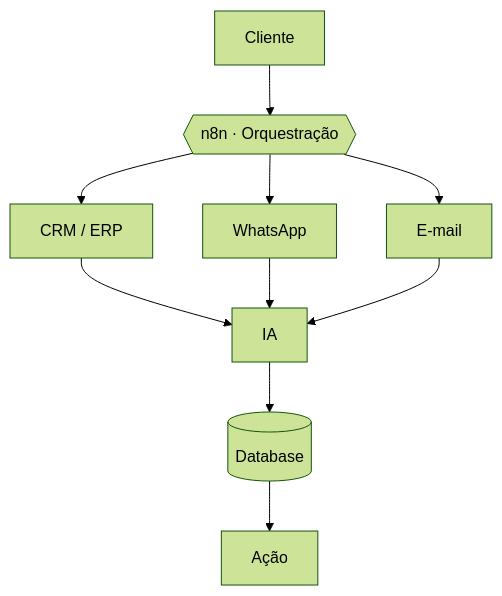
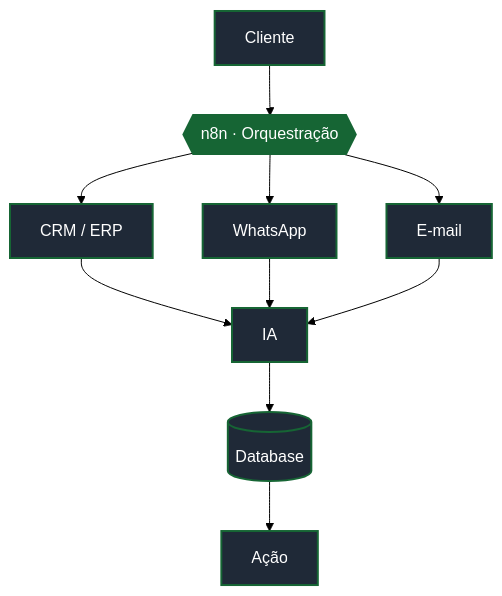
One commit to StackBlackzada/.github changed the fourth of 16 diagrams in profile/README.md. Above: the diagram before and after it, drawn with Mermaid (forest theme). The commit also changed other lines of this file, not shown here.

````diff
--- a/profile/README.md
+++ b/profile/README.md
@@ -215,12 +427,16 @@
 ```mermaid
 flowchart TD
     C["Cliente"] --> N{{"n8n · Orquestração"}}
     N --> CRM["CRM / ERP"]
     N --> W["WhatsApp"]
     N --> E["E-mail"]
     CRM --> IA["IA"]
     W --> IA
     E --> IA
     IA --> DB[("Database")]
     DB --> A["Ação"]
+    classDef d fill:#1F2937,stroke:#166534,color:#fff,stroke-width:2px
+    classDef hot fill:#166534,stroke:#166534,color:#fff,stroke-width:2px
+    class C,CRM,W,E,IA,DB,A d
+    class N hot
 ```
````
